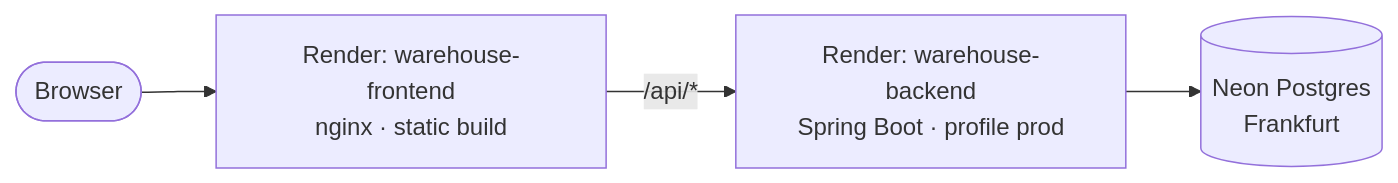
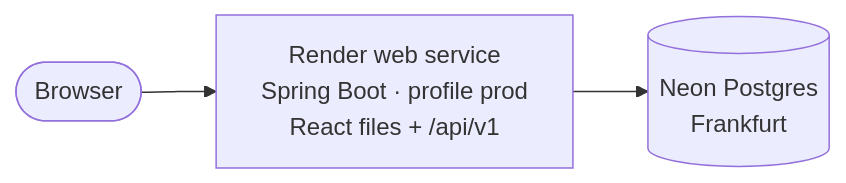
One commit to Ramiismaeel/warehouse-management changed the sixth of 8 diagrams in docs/PLAN.md. Above: the diagram before and after it, drawn with Mermaid. The commit also changed other lines of this file and 8 other files, not shown here.

````diff
--- a/docs/PLAN.md
+++ b/docs/PLAN.md
@@ -278,6 +278,5 @@
 ```mermaid
 flowchart LR
-    U([Browser]) --> FE[Render: warehouse-frontend<br/>nginx · static build]
-    FE -->|/api/*| BE[Render: warehouse-backend<br/>Spring Boot · profile prod]
-    BE --> DB[(Neon Postgres<br/>Frankfurt)]
+    U([Browser]) --> R[Render web service<br/>Spring Boot · profile prod<br/>React files + /api/v1]
+    R --> DB[(Neon Postgres<br/>Frankfurt)]
 ```
````
